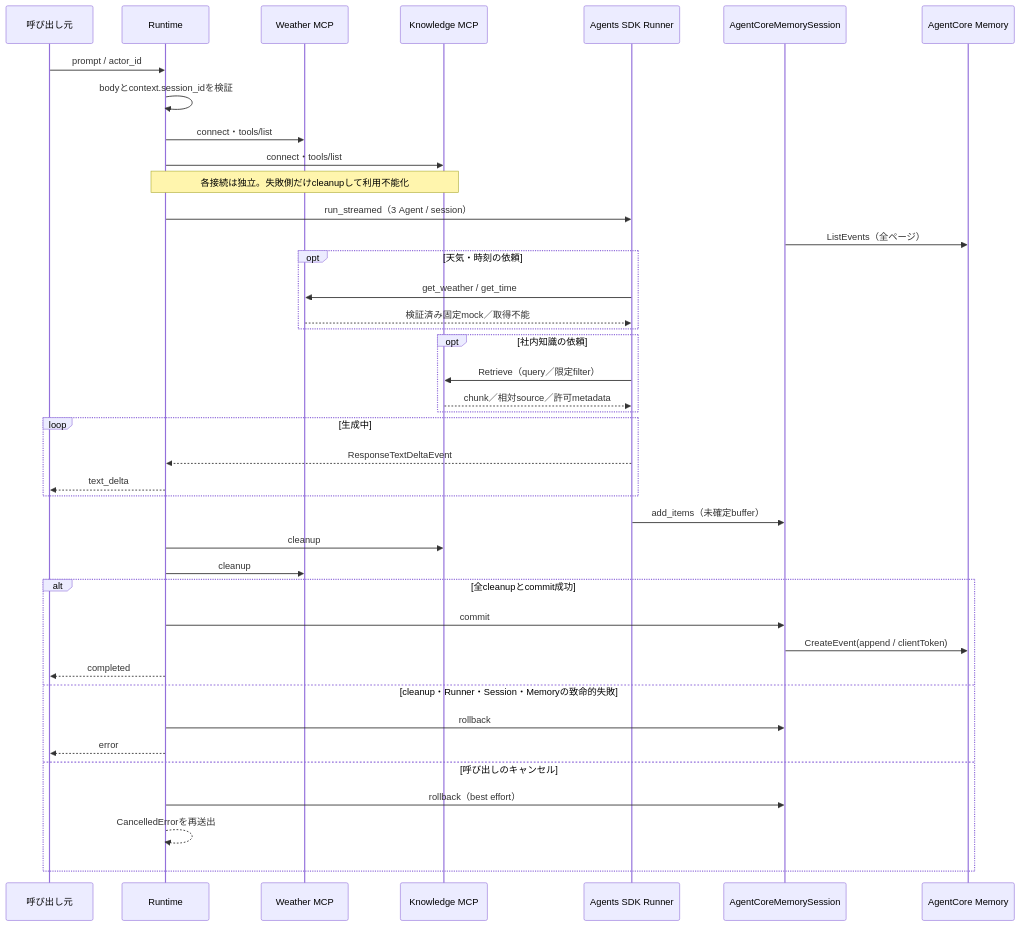
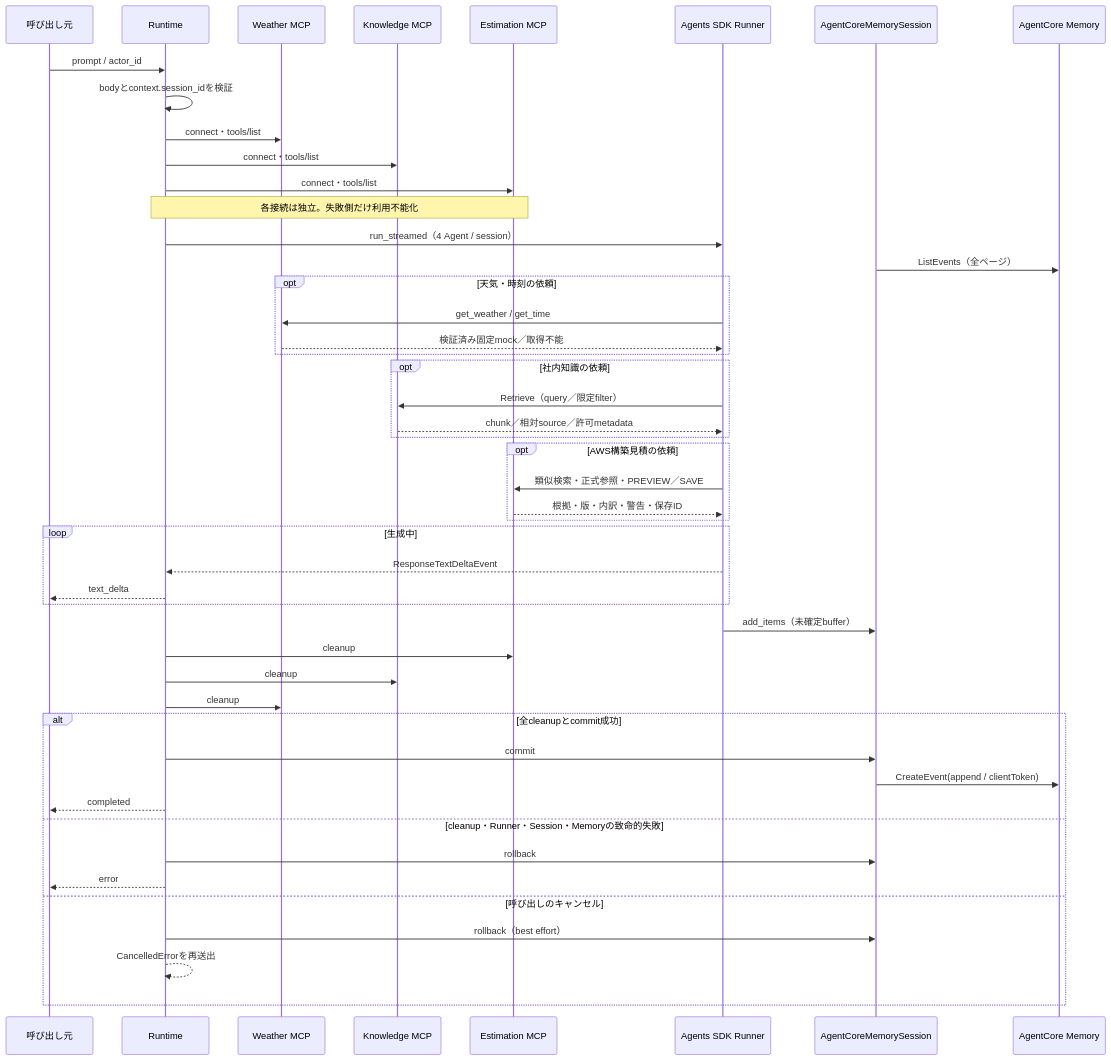
Before and after one commit to rafty/OpenAIAgentCore-base: the second of 2 diagrams in docs/Agent/README.md, drawn with Mermaid. The commit also changed other lines of this file and 68 other files, not shown here.

````diff
--- a/docs/Agent/README.md
+++ b/docs/Agent/README.md
@@ -184,44 +216,51 @@
 ```mermaid
 sequenceDiagram
     participant Caller as 呼び出し元
     participant App as Runtime
     participant WeatherMCP as Weather MCP
     participant KnowledgeMCP as Knowledge MCP
+    participant EstimationMCP as Estimation MCP
     participant Runner as Agents SDK Runner
     participant Session as AgentCoreMemorySession
     participant Memory as AgentCore Memory
 
     Caller->>App: prompt / actor_id
     App->>App: bodyとcontext.session_idを検証
     App->>WeatherMCP: connect・tools/list
     App->>KnowledgeMCP: connect・tools/list
-    Note over App,KnowledgeMCP: 各接続は独立。失敗側だけcleanupして利用不能化
-    App->>Runner: run_streamed（3 Agent / session）
+    App->>EstimationMCP: connect・tools/list
+    Note over App,EstimationMCP: 各接続は独立。失敗側だけ利用不能化
+    App->>Runner: run_streamed（4 Agent / session）
     Session->>Memory: ListEvents（全ページ）
     opt 天気・時刻の依頼
         Runner->>WeatherMCP: get_weather / get_time
         WeatherMCP-->>Runner: 検証済み固定mock／取得不能
     end
     opt 社内知識の依頼
         Runner->>KnowledgeMCP: Retrieve（query／限定filter）
         KnowledgeMCP-->>Runner: chunk／相対source／許可metadata
     end
+    opt AWS構築見積の依頼
+        Runner->>EstimationMCP: 類似検索・正式参照・PREVIEW／SAVE
+        EstimationMCP-->>Runner: 根拠・版・内訳・警告・保存ID
+    end
     loop 生成中
         Runner-->>App: ResponseTextDeltaEvent
         App-->>Caller: text_delta
     end
     Runner->>Session: add_items（未確定buffer）
+    App->>EstimationMCP: cleanup
     App->>KnowledgeMCP: cleanup
     App->>WeatherMCP: cleanup
     alt 全cleanupとcommit成功
         App->>Session: commit
         Session->>Memory: CreateEvent(append / clientToken)
         App-->>Caller: completed
     else cleanup・Runner・Session・Memoryの致命的失敗
         App->>Session: rollback
         App-->>Caller: error
     else 呼び出しのキャンセル
         App->>Session: rollback（best effort）
         App-->>App: CancelledErrorを再送出
     end
 ```
````
